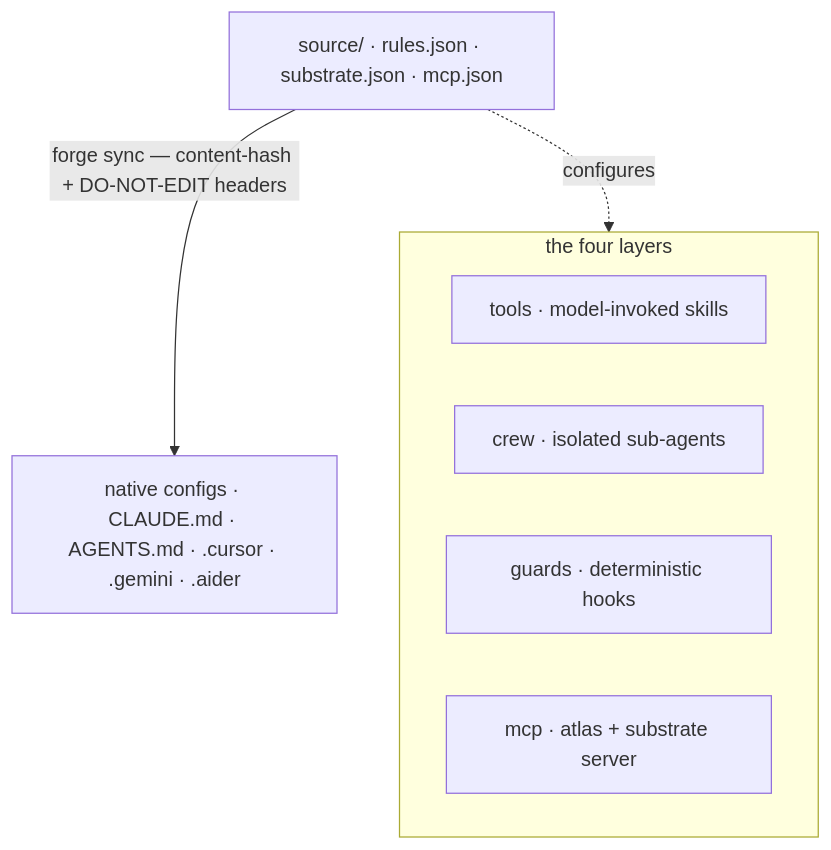
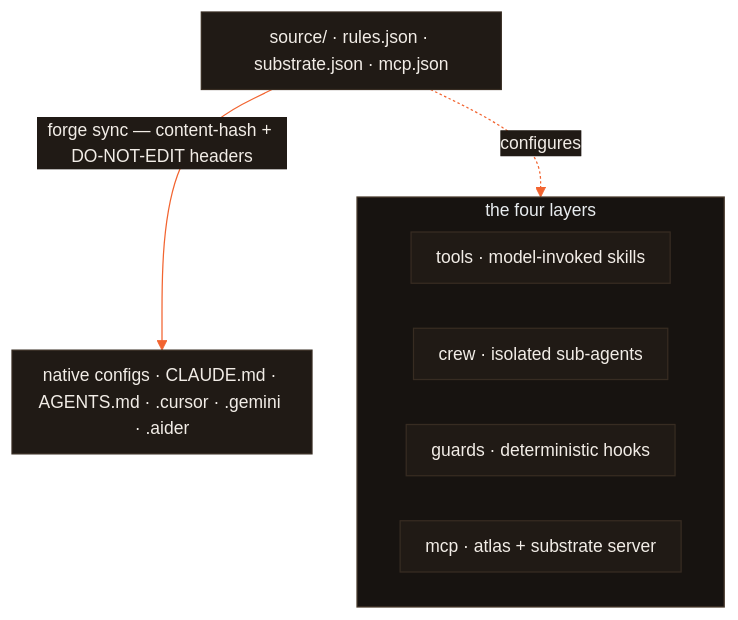
One commit to CodeWithJuber/forgekit changed the diagram in mintlify/concepts/config-compiler.mdx. Above: the diagram before and after it, drawn with Mermaid. The commit also changed 10 other files, not shown here.

First line of the commit message:
fix(docs): refresh post-v0.30.0 staleness; extend mermaid theme to .mdx

````diff
--- a/mintlify/concepts/config-compiler.mdx
+++ b/mintlify/concepts/config-compiler.mdx
@@ -10,12 +10,13 @@
 ```mermaid
+%%{init: {'theme':'base','themeVariables':{'primaryColor':'#201a15','primaryTextColor':'#f2ede7','primaryBorderColor':'#372c22','lineColor':'#f26430','secondaryColor':'#272019','tertiaryColor':'#171310','edgeLabelBackground':'#201a15','clusterBkg':'#171310','clusterBorder':'#4a3b2e','fontFamily':'ui-sans-serif, system-ui, sans-serif','fontSize':'14px'},'flowchart':{'curve':'basis','padding':10,'nodeSpacing':36,'rankSpacing':44}}}%%
 flowchart TD
     S["source/ · rules.json · substrate.json · mcp.json"] -->|"forge sync — content-hash + DO-NOT-EDIT headers"| N["native configs · CLAUDE.md · AGENTS.md · .cursor · .gemini · .aider"]
     S -. configures .-> L
     subgraph L["the four layers"]
         direction LR
         T["tools · model-invoked skills"]
         C["crew · isolated sub-agents"]
         G["guards · deterministic hooks"]
         M["mcp · atlas + substrate server"]
     end
 ```
````
